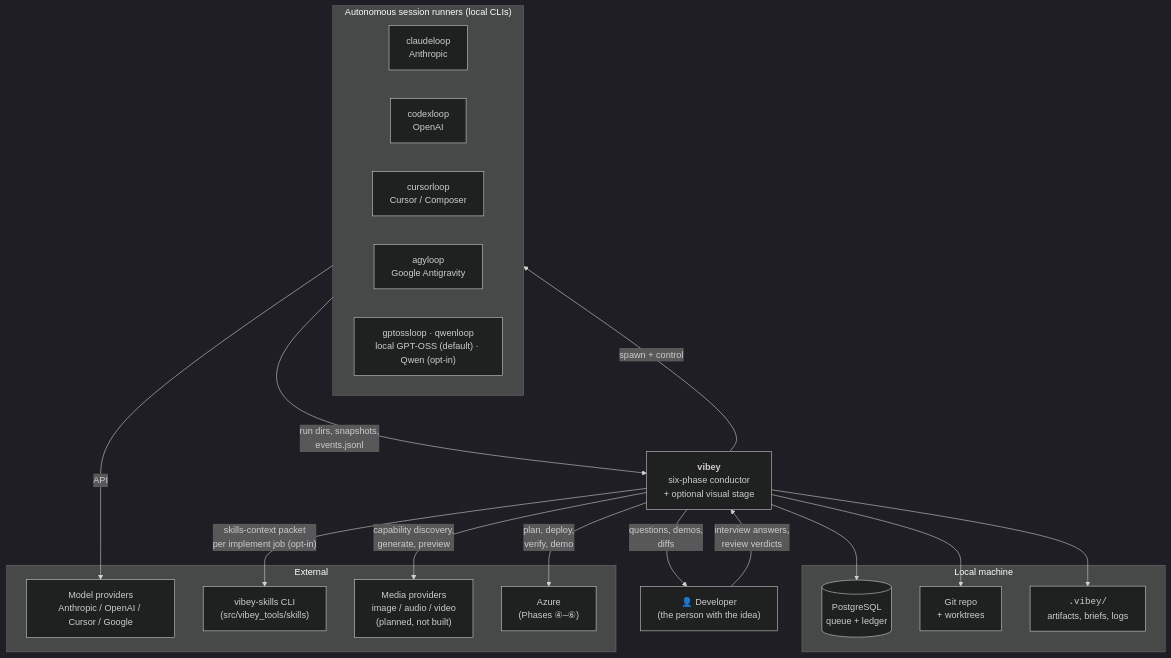
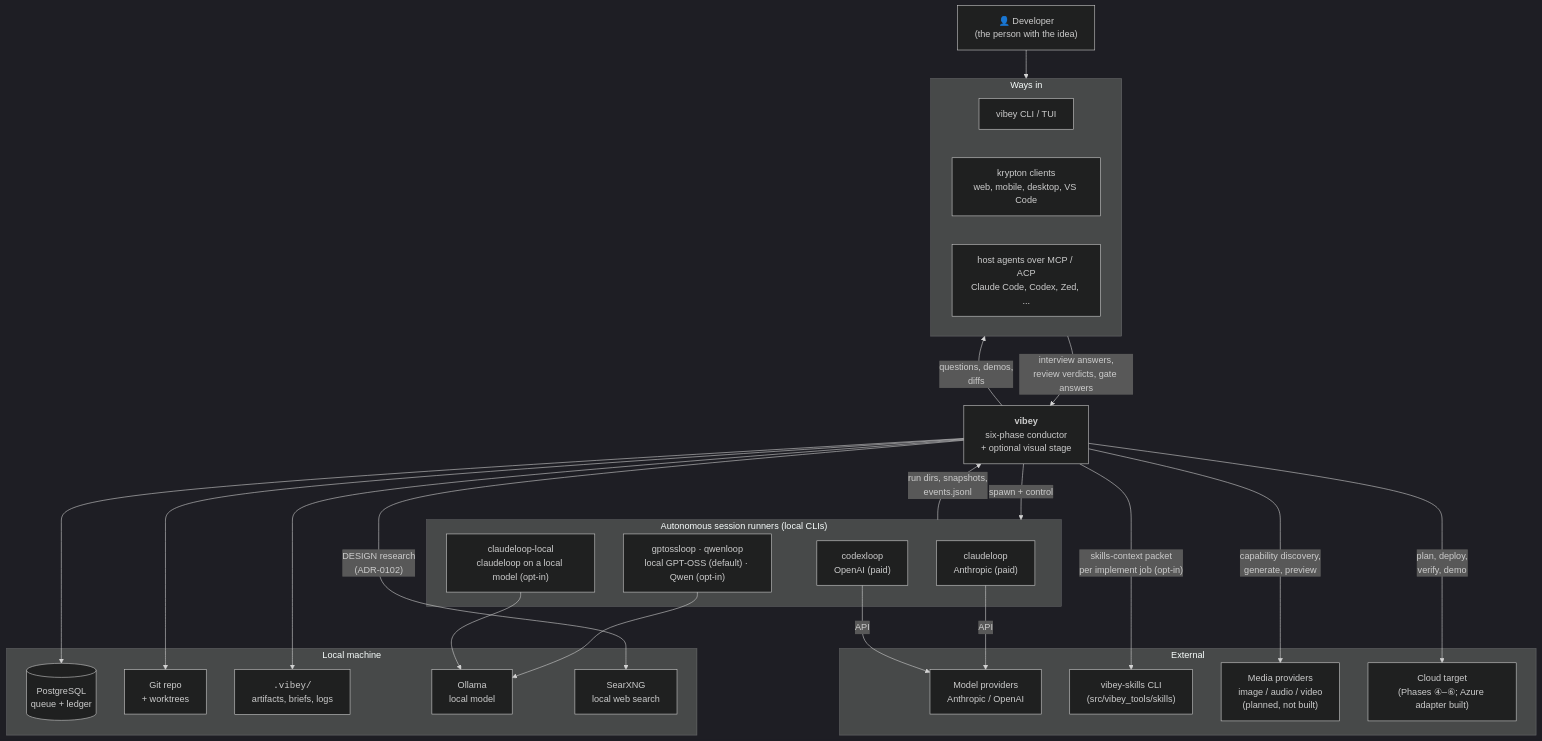
Before and after one commit to the-vibey-project/vibey: the first of 6 diagrams in docs/plans/architecture-and-roadmap.md, drawn with Mermaid (dark theme). The commit also changed other lines of this file and 80 other files, not shown here.

````diff
--- a/docs/plans/architecture-and-roadmap.md
+++ b/docs/plans/architecture-and-roadmap.md
@@ -122,38 +244,50 @@
 ```mermaid
 graph TB
     User["👤 Developer<br/>(the person with the idea)"]
     Vibey["<b>vibey</b><br/>six-phase conductor<br/>+ optional visual stage"]
 
+    subgraph Clients["Ways in"]
+        Cli["vibey CLI / TUI"]
+        Krypton["krypton clients<br/>web, mobile, desktop, VS Code"]
+        Hosts["host agents over MCP / ACP<br/>Claude Code, Codex, Zed, ..."]
+    end
+
     subgraph Engines["Autonomous session runners (local CLIs)"]
-        CL["claudeloop<br/>Anthropic"]
-        XL["codexloop<br/>OpenAI"]
-        UL["cursorloop<br/>Cursor / Composer"]
-        AL["agyloop<br/>Google Antigravity"]
+        CL["claudeloop<br/>Anthropic (paid)"]
+        XL["codexloop<br/>OpenAI (paid)"]
         QL["gptossloop · qwenloop<br/>local GPT-OSS (default) · Qwen (opt-in)"]
+        CLL["claudeloop-local<br/>claudeloop on a local model (opt-in)"]
     end
 
     subgraph Local["Local machine"]
         PG[("PostgreSQL<br/>queue + ledger")]
         Git["Git repo<br/>+ worktrees"]
         FS["<code>.vibey/</code><br/>artifacts, briefs, logs"]
+        Ollama["Ollama<br/>local model"]
+        Searx["SearXNG<br/>local web search"]
     end
 
     subgraph External["External"]
-        Providers["Model providers<br/>Anthropic / OpenAI / Cursor / Google"]
+        Providers["Model providers<br/>Anthropic / OpenAI"]
         Market["vibey-skills CLI<br/>(src/vibey_tools/skills)"]
         Media["Media providers<br/>image / audio / video<br/>(planned, not built)"]
-        Azure["Azure<br/>(Phases ④–⑥)"]
+        Cloud["Cloud target<br/>(Phases ④–⑥; Azure adapter built)"]
     end
 
-    User -->|"interview answers,<br/>review verdicts"| Vibey
-    Vibey -->|"questions, demos,<br/>diffs"| User
+    User --> Clients
+    Clients -->|"interview answers,<br/>review verdicts, gate answers"| Vibey
+    Vibey -->|"questions, demos,<br/>diffs"| Clients
     Vibey -->|"spawn + control"| Engines
     Engines -->|"run dirs, snapshots,<br/>events.jsonl"| Vibey
-    Engines -->|API| Providers
+    CL -->|API| Providers
+    XL -->|API| Providers
+    QL --> Ollama
+    CLL --> Ollama
     Vibey -->|"capability discovery,<br/>generate, preview"| Media
     Vibey --> PG
     Vibey --> Git
     Vibey --> FS
+    Vibey -->|"DESIGN research<br/>(ADR-0102)"| Searx
     Vibey -->|"skills-context packet<br/>per implement job (opt-in)"| Market
-    Vibey -->|"plan, deploy,<br/>verify, demo"| Azure
+    Vibey -->|"plan, deploy,<br/>verify, demo"| Cloud
 ```
````
